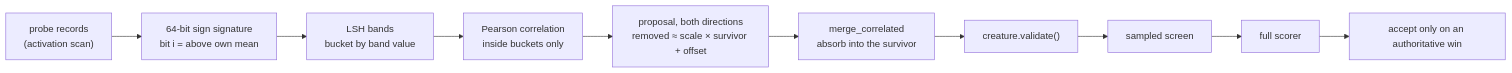
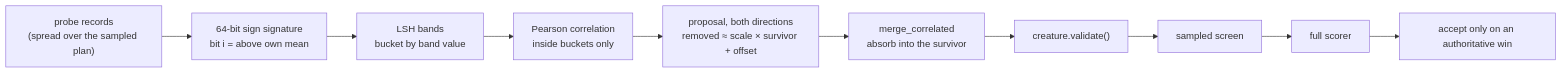
Before and after one commit to stSoftwareAU/NEAT-AI-Ockham: the diagram in docs/archive/pr-summaries/pr-summary-109.md, drawn with Mermaid. The commit also changed other lines of this file, not shown here.

````diff
--- a/docs/archive/pr-summaries/pr-summary-109.md
+++ b/docs/archive/pr-summaries/pr-summary-109.md
@@ -37,10 +42,10 @@
 ```mermaid
 flowchart LR
-    A["probe records<br/>(activation scan)"] --> B["64-bit sign signature<br/>bit i = above own mean"]
+    A["probe records<br/>(spread over the sampled plan)"] --> B["64-bit sign signature<br/>bit i = above own mean"]
     B --> C["LSH bands<br/>bucket by band value"]
     C --> D["Pearson correlation<br/>inside buckets only"]
     D --> E["proposal, both directions<br/>removed ≈ scale × survivor + offset"]
     E --> F["merge_correlated<br/>absorb into the survivor"]
     F --> G["creature.validate()"] --> H["sampled screen"] --> I["full scorer"]
     I --> J["accept only on an authoritative win"]
 ```
````
